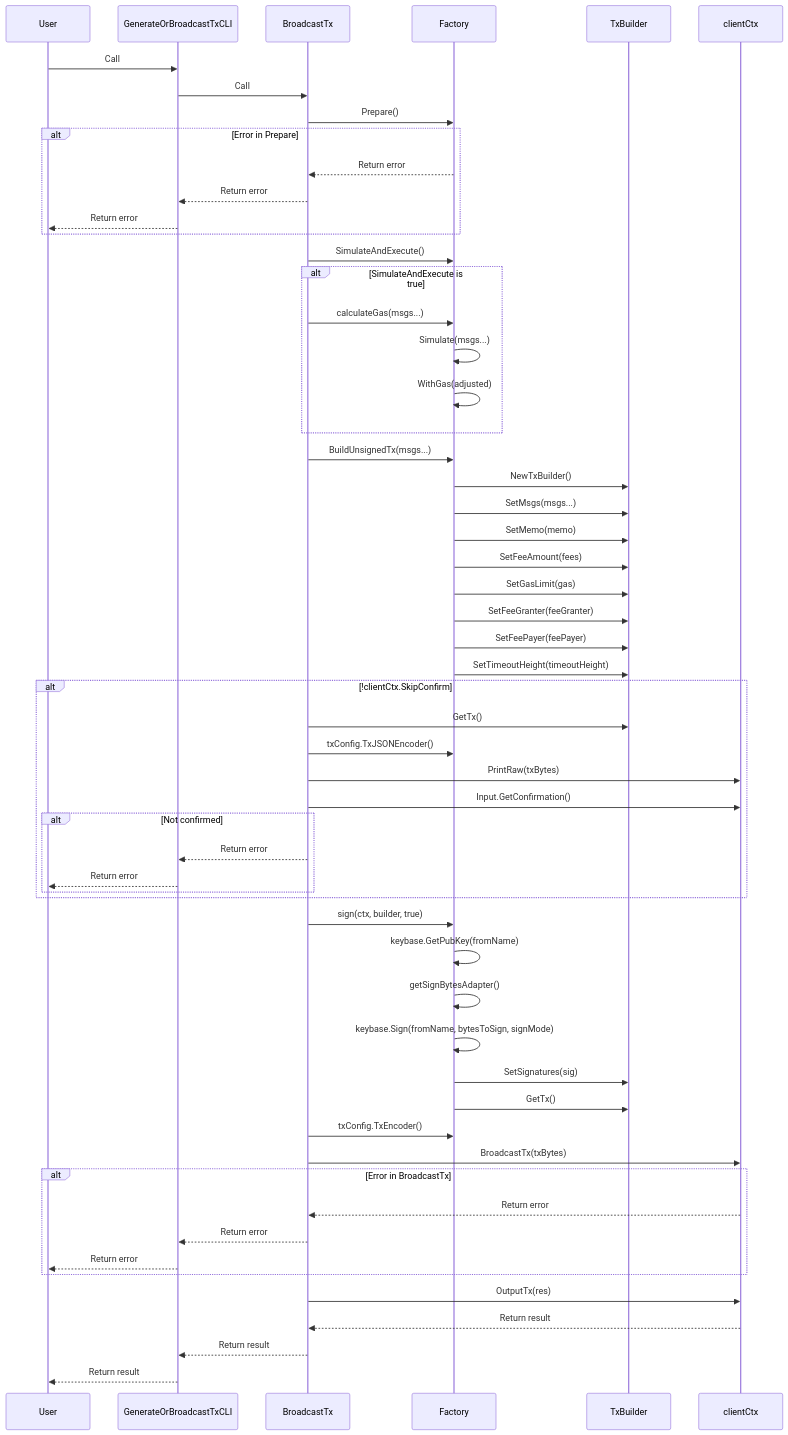
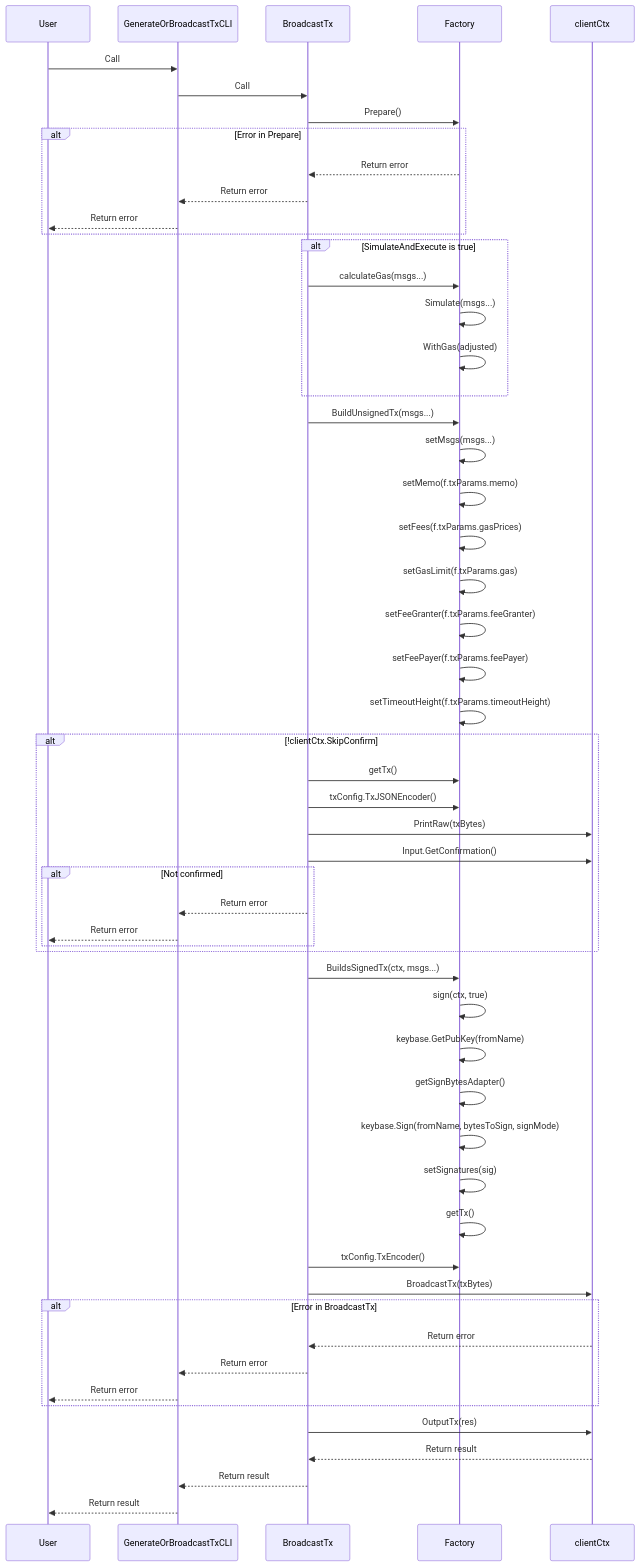
One commit to cosmos/cosmos-sdk changed the eighth of 8 diagrams in client/v2/tx/README.md. Above: the diagram before and after it, drawn with Mermaid. The commit also changed other lines of this file and 6 other files, not shown here.

````diff
--- a/client/v2/tx/README.md
+++ b/client/v2/tx/README.md
@@ -438,68 +358,66 @@
 ```mermaid
 sequenceDiagram
     participant User
     participant GenerateOrBroadcastTxCLI
     participant BroadcastTx
     participant Factory
-    participant TxBuilder
     participant clientCtx
 
     User->>GenerateOrBroadcastTxCLI: Call
     GenerateOrBroadcastTxCLI->>BroadcastTx: Call
 
     BroadcastTx->>Factory: Prepare()
     alt Error in Prepare
         Factory-->>BroadcastTx: Return error
         BroadcastTx-->>GenerateOrBroadcastTxCLI: Return error
         GenerateOrBroadcastTxCLI-->>User: Return error
     end
 
-    BroadcastTx->>Factory: SimulateAndExecute()
     alt SimulateAndExecute is true
         BroadcastTx->>Factory: calculateGas(msgs...)
         Factory->>Factory: Simulate(msgs...)
         Factory->>Factory: WithGas(adjusted)
     end
 
     BroadcastTx->>Factory: BuildUnsignedTx(msgs...)
-    Factory->>TxBuilder: NewTxBuilder()
-    Factory->>TxBuilder: SetMsgs(msgs...)
-    Factory->>TxBuilder: SetMemo(memo)
-    Factory->>TxBuilder: SetFeeAmount(fees)
-    Factory->>TxBuilder: SetGasLimit(gas)
-    Factory->>TxBuilder: SetFeeGranter(feeGranter)
-    Factory->>TxBuilder: SetFeePayer(feePayer)
-    Factory->>TxBuilder: SetTimeoutHeight(timeoutHeight)
+    Factory->>Factory: setMsgs(msgs...)
+    Factory->>Factory: setMemo(f.txParams.memo)
+    Factory->>Factory: setFees(f.txParams.gasPrices)
+    Factory->>Factory: setGasLimit(f.txParams.gas)
+    Factory->>Factory: setFeeGranter(f.txParams.feeGranter)
+    Factory->>Factory: setFeePayer(f.txParams.feePayer)
+    Factory->>Factory: setTimeoutHeight(f.txParams.timeoutHeight)
 
     alt !clientCtx.SkipConfirm
-        BroadcastTx->>TxBuilder: GetTx()
+        BroadcastTx->>Factory: getTx()
         BroadcastTx->>Factory: txConfig.TxJSONEncoder()
         BroadcastTx->>clientCtx: PrintRaw(txBytes)
         BroadcastTx->>clientCtx: Input.GetConfirmation()
         alt Not confirmed
             BroadcastTx-->>GenerateOrBroadcastTxCLI: Return error
             GenerateOrBroadcastTxCLI-->>User: Return error
         end
     end
 
-    BroadcastTx->>Factory: sign(ctx, builder, true)
+    BroadcastTx->>Factory: BuildsSignedTx(ctx, msgs...)
+    Factory->>Factory: sign(ctx, true)
     Factory->>Factory: keybase.GetPubKey(fromName)
     Factory->>Factory: getSignBytesAdapter()
     Factory->>Factory: keybase.Sign(fromName, bytesToSign, signMode)
-    Factory->>TxBuilder: SetSignatures(sig)
-    Factory->>TxBuilder: GetTx()
+    Factory->>Factory: setSignatures(sig)
+    Factory->>Factory: getTx()
 
     BroadcastTx->>Factory: txConfig.TxEncoder()
     BroadcastTx->>clientCtx: BroadcastTx(txBytes)
 
     alt Error in BroadcastTx
         clientCtx-->>BroadcastTx: Return error
         BroadcastTx-->>GenerateOrBroadcastTxCLI: Return error
         GenerateOrBroadcastTxCLI-->>User: Return error
     end
 
     BroadcastTx->>clientCtx: OutputTx(res)
     clientCtx-->>BroadcastTx: Return result
     BroadcastTx-->>GenerateOrBroadcastTxCLI: Return result
     GenerateOrBroadcastTxCLI-->>User: Return result
 ```
````
